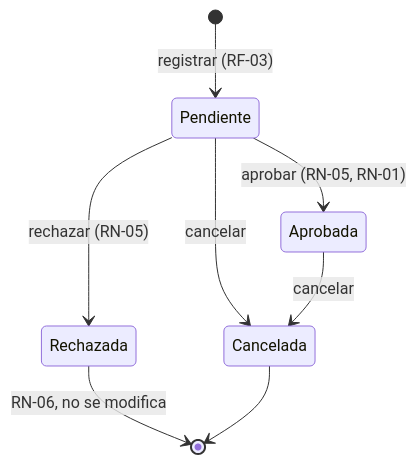
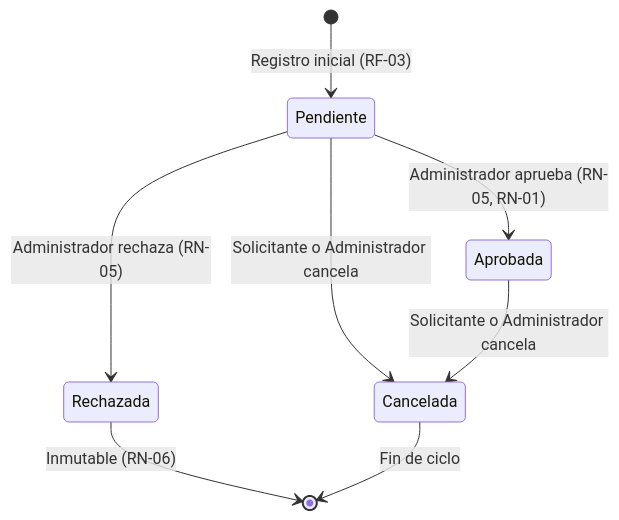
Before and after one commit to Kody2003/ReservaUPLA: the fourth of 5 diagrams in docs/S01_ANALISIS.md, drawn with Mermaid. The commit also changed other lines of this file and 4 other files, not shown here.

````diff
--- a/docs/S01_ANALISIS.md
+++ b/docs/S01_ANALISIS.md
@@ -122,10 +231,10 @@
 ```mermaid
 stateDiagram-v2
-    [*] --> Pendiente : registrar (RF-03)
-    Pendiente --> Aprobada : aprobar (RN-05, RN-01)
-    Pendiente --> Rechazada : rechazar (RN-05)
-    Pendiente --> Cancelada : cancelar
-    Aprobada --> Cancelada : cancelar
-    Rechazada --> [*] : RN-06, no se modifica
-    Cancelada --> [*]
+    [*] --> Pendiente : Registro inicial (RF-03)
+    Pendiente --> Aprobada : Administrador aprueba (RN-05, RN-01)
+    Pendiente --> Rechazada : Administrador rechaza (RN-05)
+    Pendiente --> Cancelada : Solicitante o Administrador cancela
+    Aprobada --> Cancelada : Solicitante o Administrador cancela
+    Rechazada --> [*] : Inmutable (RN-06)
+    Cancelada --> [*] : Fin de ciclo
 ```
````
